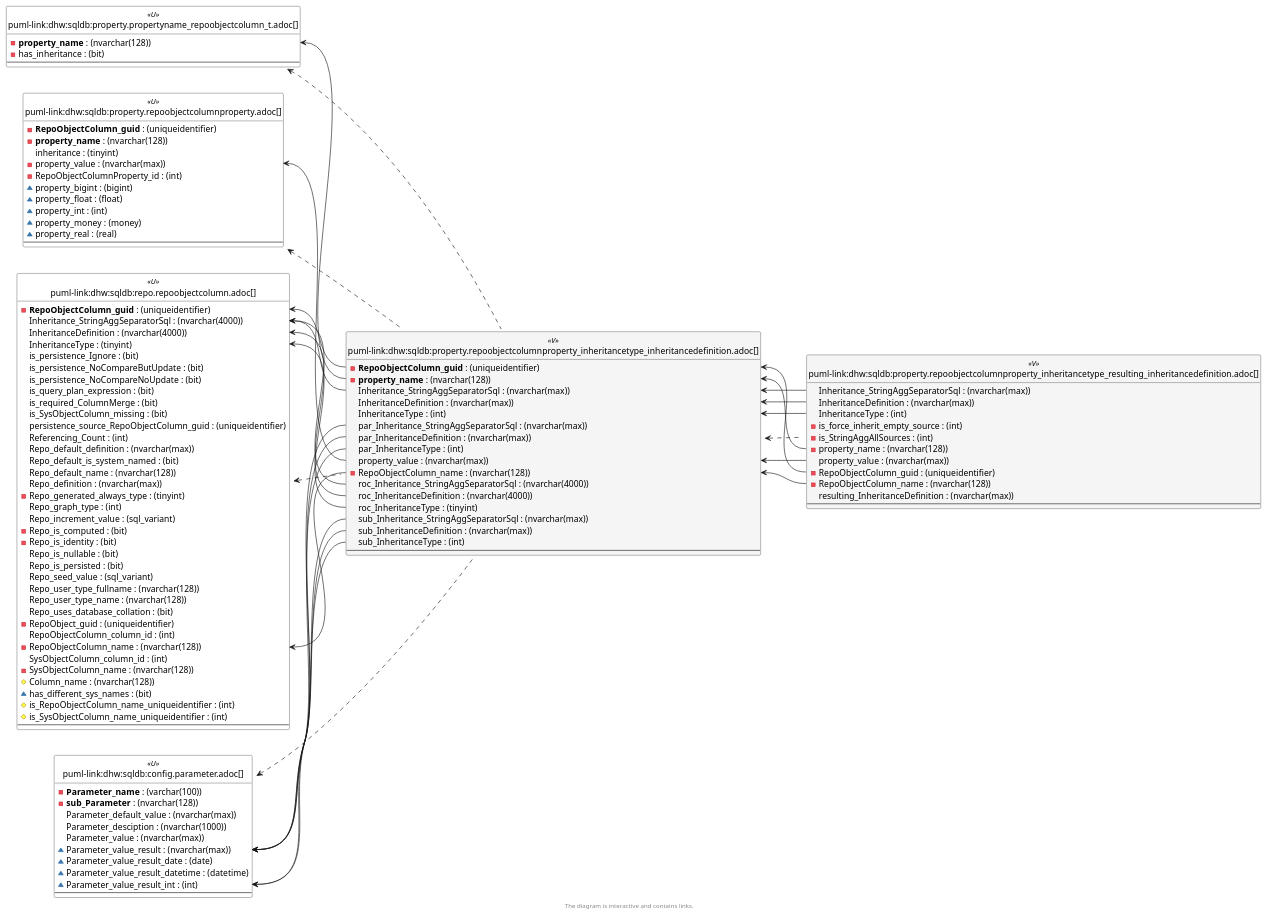
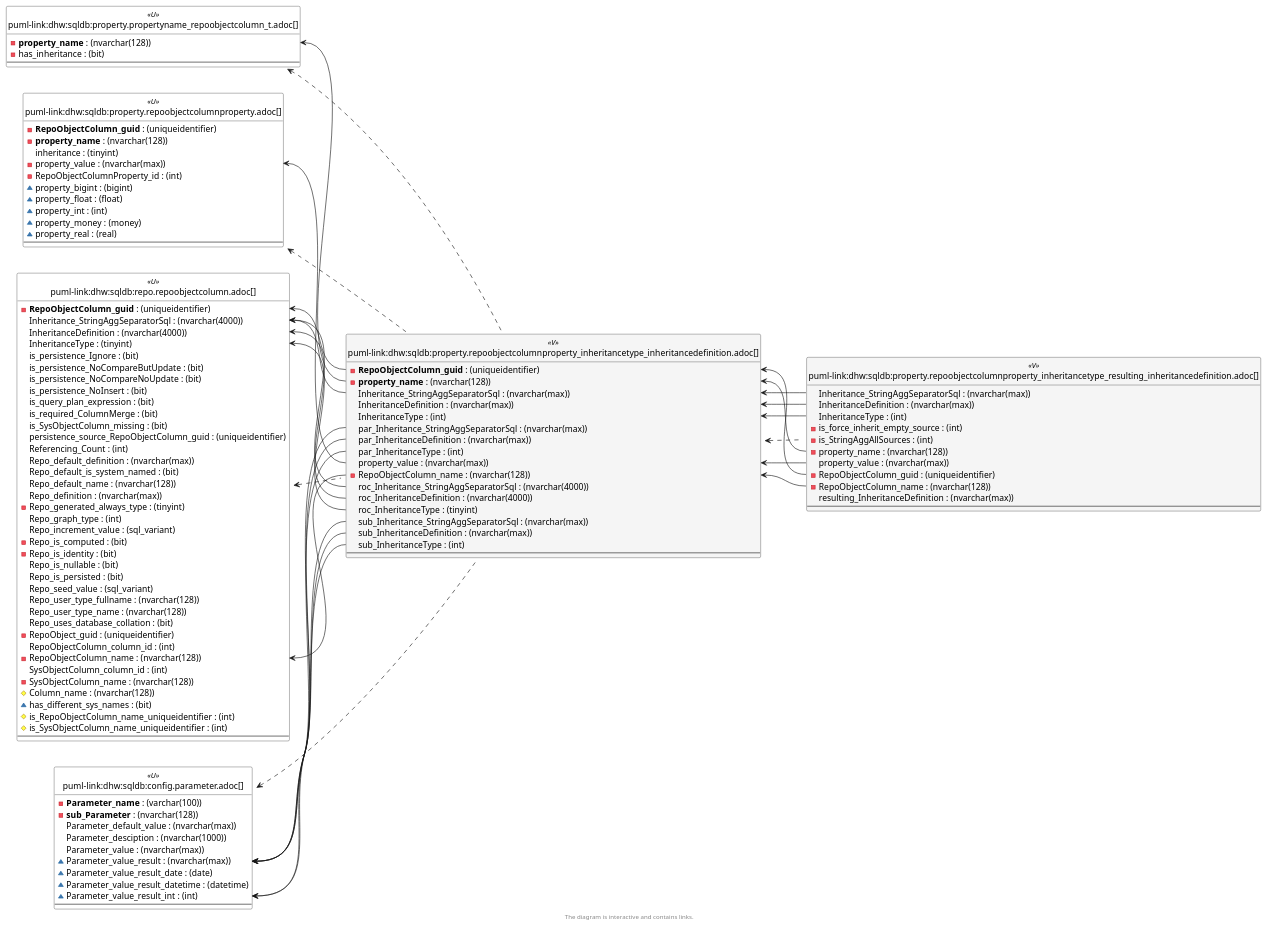
The sixth of 6 diagrams in docs/modules/sqldb/partials/content/property.repoobjectcolumnproperty_inheritancetype_inheritancedefinition.adoc (DataHandwerk/dhw-antora-sqldb), drawn with PlantUML before and after one commit. The commit also changed 701 other files, not shown here.

```diff
--- a/docs/modules/sqldb/partials/content/property.repoobjectcolumnproperty_inheritancetype_inheritancedefinition.adoc
+++ b/docs/modules/sqldb/partials/content/property.repoobjectcolumnproperty_inheritancetype_inheritancedefinition.adoc
@@ -1782,6 +1782,7 @@
   is_persistence_Ignore : (bit)
   is_persistence_NoCompareButUpdate : (bit)
   is_persistence_NoCompareNoUpdate : (bit)
+  is_persistence_NoInsert : (bit)
   is_query_plan_expression : (bit)
   is_required_ColumnMerge : (bit)
   is_SysObjectColumn_missing : (bit)
@@ -1820,11 +1821,11 @@
 property.RepoObjectColumnProperty_InheritanceType_InheritanceDefinition <.. property.RepoObjectColumnProperty_InheritanceType_resulting_InheritanceDefinition
 repo.RepoObjectColumn <.. property.RepoObjectColumnProperty_InheritanceType_InheritanceDefinition
 "config.Parameter::Parameter_value_result" <-- "property.RepoObjectColumnProperty_InheritanceType_InheritanceDefinition::par_Inheritance_StringAggSeparatorSql"
+"config.Parameter::Parameter_value_result" <-- "property.RepoObjectColumnProperty_InheritanceType_InheritanceDefinition::par_InheritanceDefinition"
 "config.Parameter::Parameter_value_result" <-- "property.RepoObjectColumnProperty_InheritanceType_InheritanceDefinition::sub_Inheritance_StringAggSeparatorSql"
 "config.Parameter::Parameter_value_result" <-- "property.RepoObjectColumnProperty_InheritanceType_InheritanceDefinition::sub_InheritanceDefinition"
-"config.Parameter::Parameter_value_result" <-- "property.RepoObjectColumnProperty_InheritanceType_InheritanceDefinition::par_InheritanceDefinition"
+"config.Parameter::Parameter_value_result_int" <-- "property.RepoObjectColumnProperty_InheritanceType_InheritanceDefinition::par_InheritanceType"
 "config.Parameter::Parameter_value_result_int" <-- "property.RepoObjectColumnProperty_InheritanceType_InheritanceDefinition::sub_InheritanceType"
-"config.Parameter::Parameter_value_result_int" <-- "property.RepoObjectColumnProperty_InheritanceType_InheritanceDefinition::par_InheritanceType"
 "property.PropertyName_RepoObjectColumn_T::property_name" <-- "property.RepoObjectColumnProperty_InheritanceType_InheritanceDefinition::property_name"
 "property.RepoObjectColumnProperty::property_value" <-- "property.RepoObjectColumnProperty_InheritanceType_InheritanceDefinition::property_value"
 "property.RepoObjectColumnProperty_InheritanceType_InheritanceDefinition::Inheritance_StringAggSeparatorSql" <-- "property.RepoObjectColumnProperty_InheritanceType_resulting_InheritanceDefinition::Inheritance_StringAggSeparatorSql"
```
